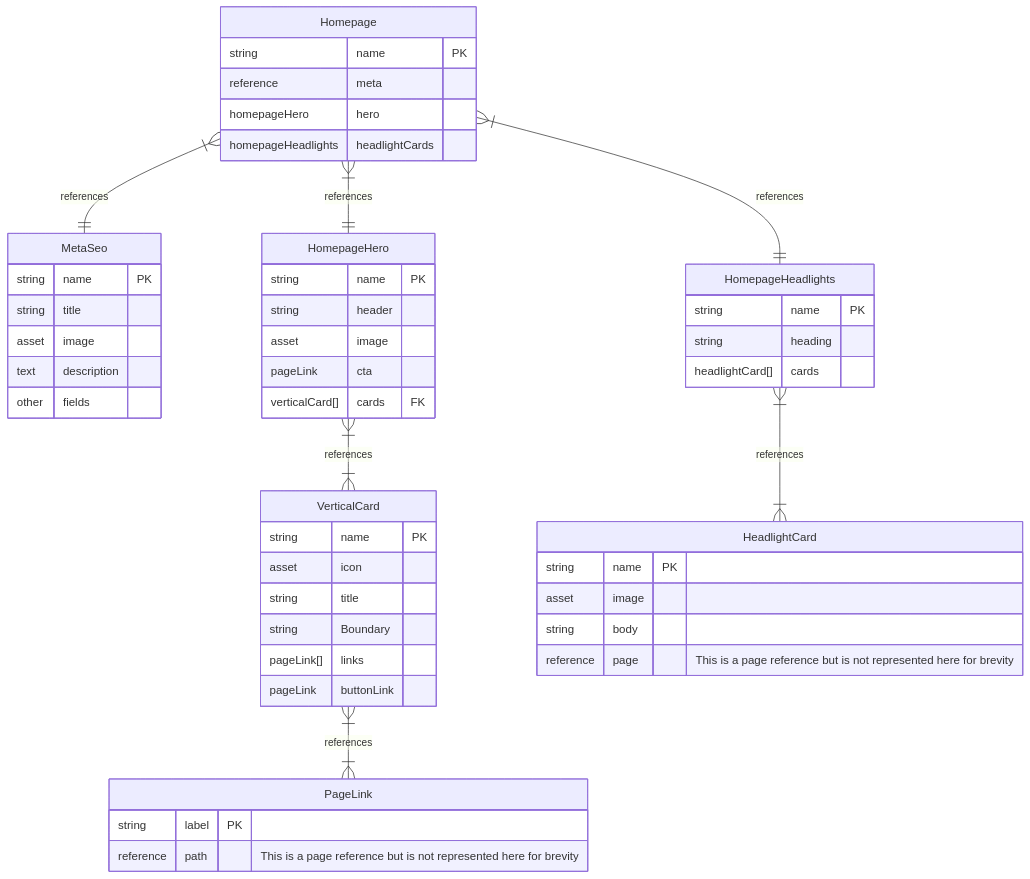
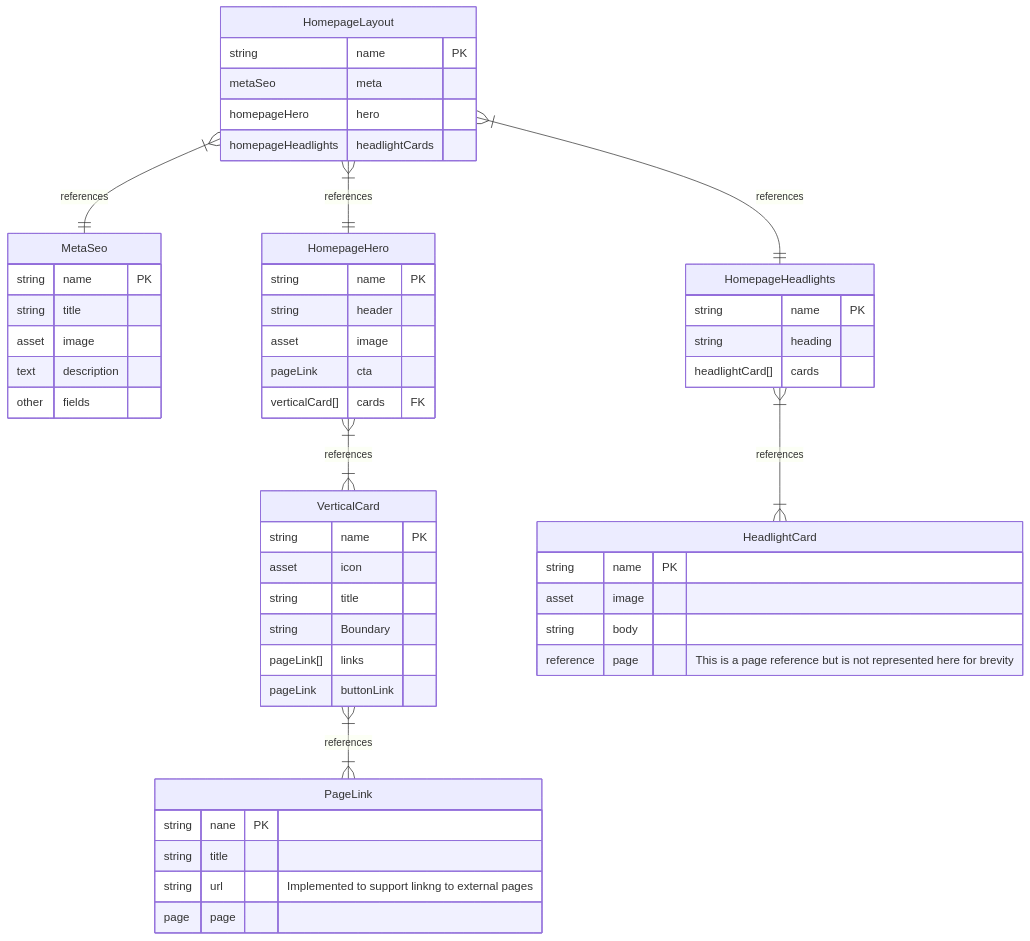
The diagram in src/homepage-erd.md (brendanpowershifter/erd-docs), drawn with Mermaid before and after one commit. The commit also changed 15 other files, not shown here.

````diff
--- a/src/homepage-erd.md
+++ b/src/homepage-erd.md
@@ -1,52 +1,54 @@
 ```mermaid
 erDiagram
-  Homepage {
+  HomepageLayout {
       string name PK
-      reference meta
+      metaSeo meta
       homepageHero hero
       homepageHeadlights headlightCards
   }
-  Homepage}|--||MetaSeo: references
-  Homepage}|--||HomepageHero: references
-  Homepage}|--||HomepageHeadlights: references
+  HomepageLayout}|--||MetaSeo: references
+  HomepageLayout}|--||HomepageHero: references
+  HomepageLayout}|--||HomepageHeadlights: references
   HomepageHero}|--|{VerticalCard: references
   VerticalCard}|--|{PageLink: references
   HomepageHeadlights}|--|{HeadlightCard: references
   MetaSeo {
     string name PK
     string title
     asset image
     text description
     other fields
   }
   HomepageHero {
     string name PK
     string header
     asset image
     pageLink cta
     verticalCard[] cards FK
   }
   HomepageHeadlights {
     string name PK
     string heading
     headlightCard[] cards
   }
   VerticalCard {
     string name PK
     asset icon
     string title
     string Boundary
     pageLink[] links
     pageLink buttonLink
   }
   PageLink {
-    string label PK
-    reference path "This is a page reference but is not represented here for brevity"
+    string nane PK
+    string title
+    string url "Implemented to support linkng to external pages"
+    page page
   }
   HeadlightCard {
     string name PK
     asset image
     string body
     reference page "This is a page reference but is not represented here for brevity"
   }
 ```
````
